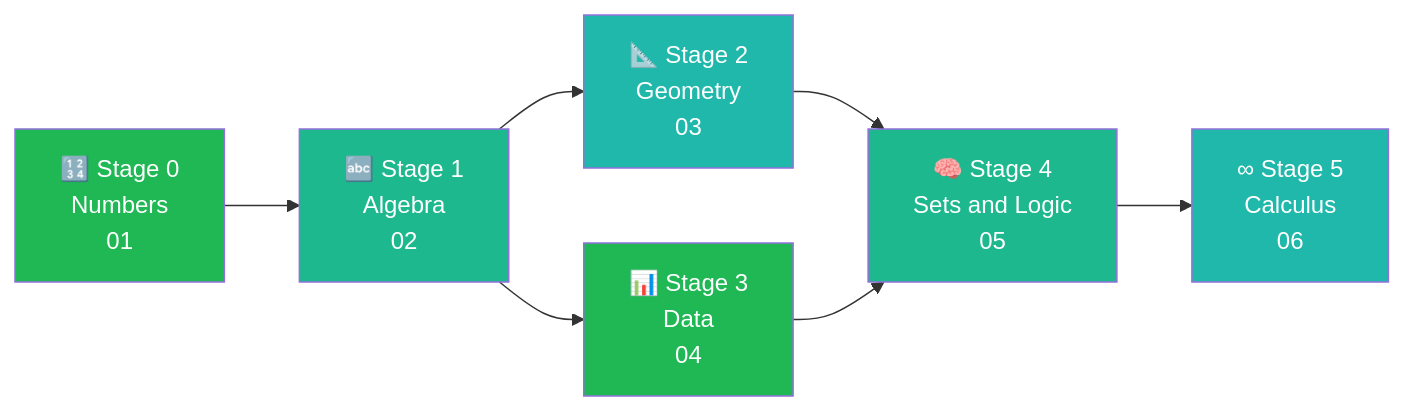
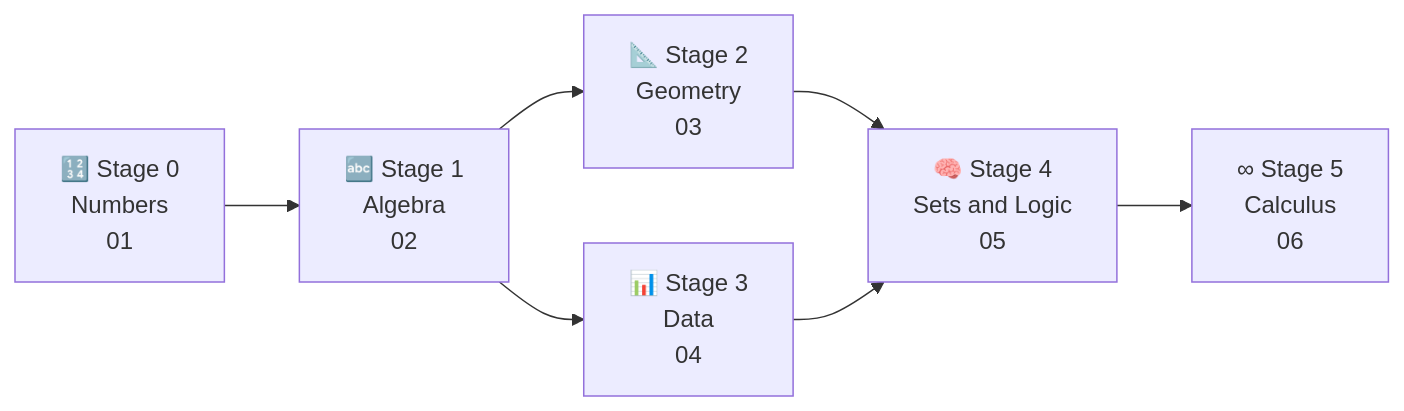
The second of 2 diagrams in Mathematics/Cheat_Sheet/07_Roadmap.md (oat431/general-knowledge), drawn with Mermaid before and after one commit. The commit also changed 9 other files, not shown here.

````diff
--- a/Mathematics/Cheat_Sheet/07_Roadmap.md
+++ b/Mathematics/Cheat_Sheet/07_Roadmap.md
@@ -143,23 +143,23 @@
 ```mermaid
 flowchart LR
     Z["🔢 Stage 0<br/>Numbers<br/>01"] --> L["🔤 Stage 1<br/>Algebra<br/>02"]
     L --> S["📐 Stage 2<br/>Geometry<br/>03"]
     L --> D["📊 Stage 3<br/>Data<br/>04"]
     S --> R["🧠 Stage 4<br/>Sets and Logic<br/>05"]
     D --> R
     R --> C["∞ Stage 5<br/>Calculus<br/>06"]
 
     click Z "[[01_Numbers_and_Arithmetic]]"
     click L "[[02_Algebra_and_Functions]]"
     click S "[[03_Geometry_and_Measurement]]"
     click D "[[04_Data_Probability_and_Statistics]]"
     click R "[[05_Sets_Logic_and_Processes]]"
     click C "[[06_Calculus]]"
 
-    style Z fill:#1FB854,color:#fff
-    style L fill:#1EB88E,color:#fff
-    style S fill:#1FB8AB,color:#fff
-    style D fill:#1FB854,color:#fff
-    style R fill:#1EB88E,color:#fff
-    style C fill:#1FB8AB,color:#fff
+    style Z fill:#1FB854#000000
+    style L fill:#1EB88E#000C07
+    style S fill:#1FB8AB#010C0B
+    style D fill:#1FB854#000000
+    style R fill:#1EB88E#000C07
+    style C fill:#1FB8AB#010C0B
 ```
````
